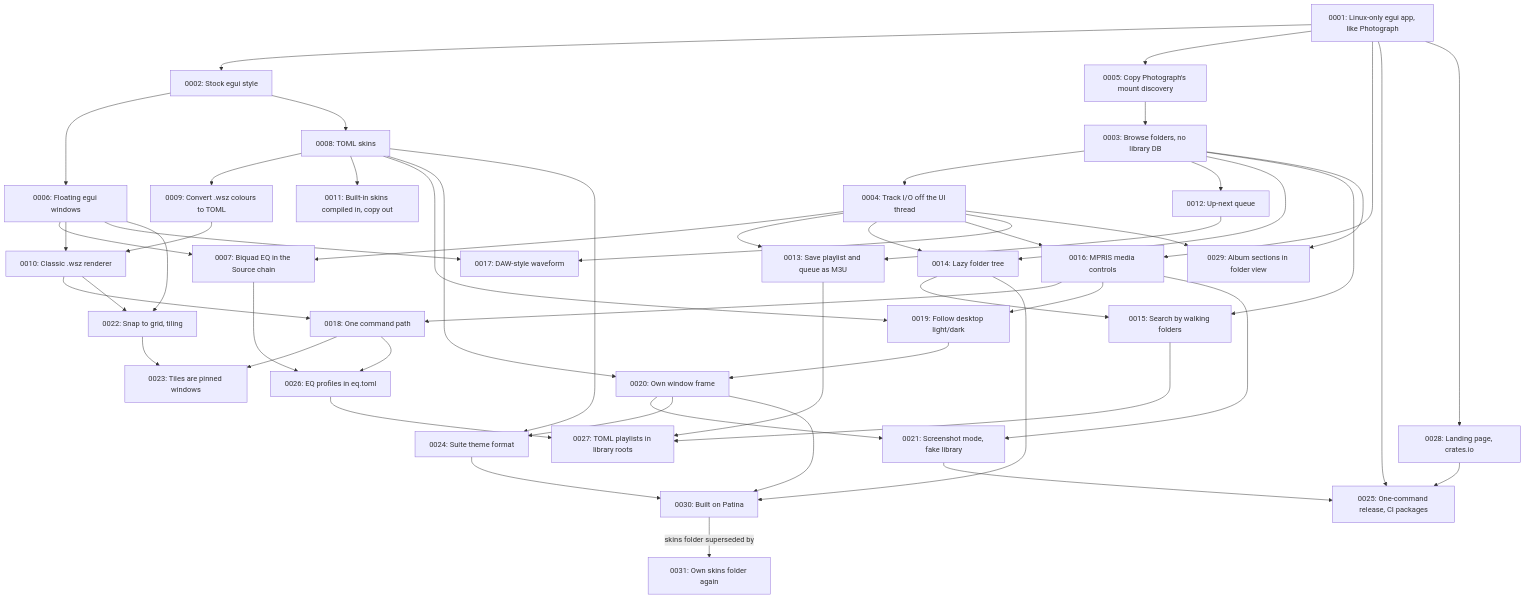
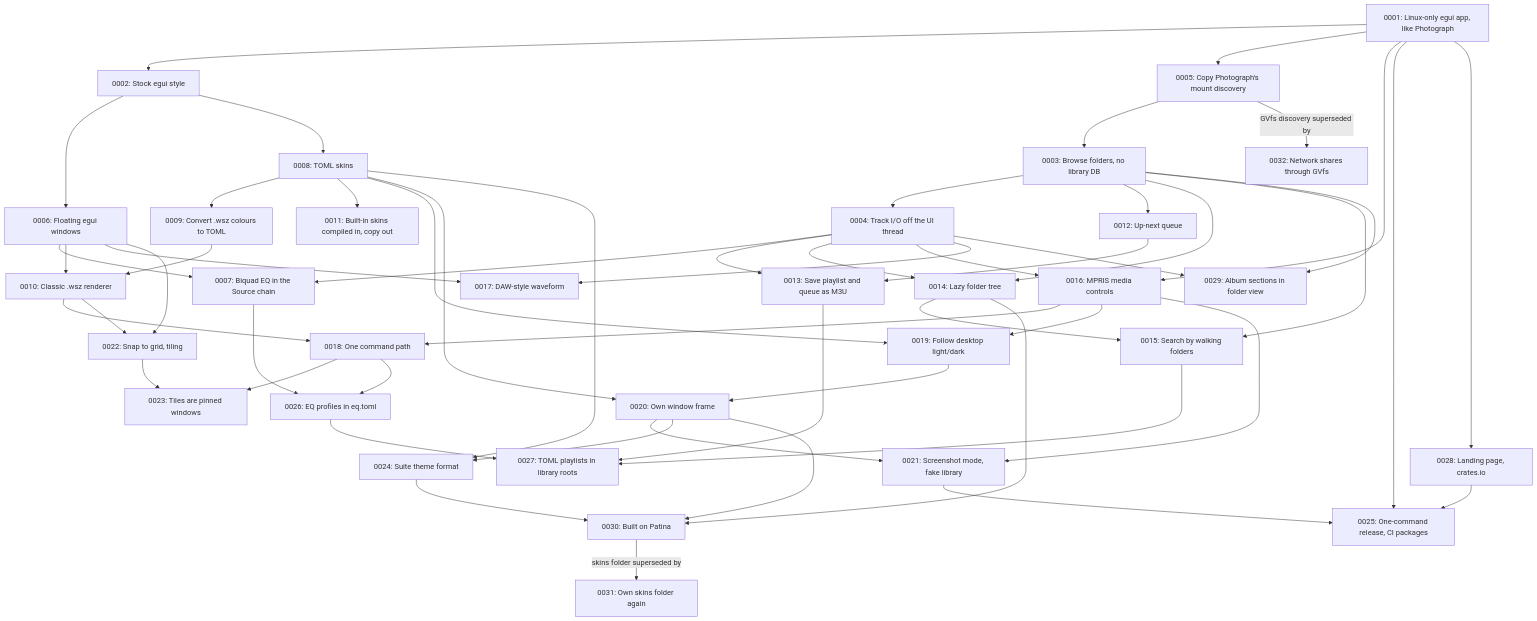
One commit to divanvisagie/UnAmp changed the diagram in docs/adr/README.md. Above: the diagram before and after it, drawn with Mermaid. The commit also changed other lines of this file and 12 other files, not shown here.

First line of the commit message:
Browse and mount network shares through GVfs, as Photograph and Files do (ADR-0032), and Patina 0.1.12

````diff
--- a/docs/adr/README.md
+++ b/docs/adr/README.md
@@ -77,55 +78,56 @@
 ```mermaid
 flowchart TD
     A[0001: Linux-only egui app, like Photograph] --> B[0002: Stock egui style]
     A --> E[0005: Copy Photograph's mount discovery]
     C[0003: Browse folders, no library DB] --> D[0004: Track I/O off the UI thread]
     E --> C
     B --> F[0006: Floating egui windows]
     D --> G[0007: Biquad EQ in the Source chain]
     F --> G
     B --> H[0008: TOML skins]
     H --> I[0009: Convert .wsz colours to TOML]
     I --> J[0010: Classic .wsz renderer]
     F --> J
     H --> K[0011: Built-in skins compiled in, copy out]
     C --> L[0012: Up-next queue]
     L --> M[0013: Save playlist and queue as M3U]
     D --> M
     C --> N[0014: Lazy folder tree]
     D --> N
     C --> O[0015: Search by walking folders]
     N --> O
     A --> P[0016: MPRIS media controls]
     D --> P
     F --> Q[0017: DAW-style waveform]
     D --> Q
     J --> R[0018: One command path]
     P --> R
     H --> S[0019: Follow desktop light/dark]
     P --> S
     S --> T[0020: Own window frame]
     H --> T
     T --> U[0021: Screenshot mode, fake library]
     P --> U
     F --> V[0022: Snap to grid, tiling]
     J --> V
     V --> W[0023: Tiles are pinned windows]
     R --> W
     H --> X[0024: Suite theme format]
     T --> X
     A --> Y[0025: One-command release, CI packages]
     U --> Y
     G --> Z[0026: EQ profiles in eq.toml]
     R --> Z
     M --> AA[0027: TOML playlists in library roots]
     O --> AA
     Z --> AA
     A --> AB[0028: Landing page, crates.io]
     AB --> Y
     C --> AD[0029: Album sections in folder view]
     X --> AE[0030: Built on Patina]
     AE -->|skins folder superseded by| AF[0031: Own skins folder again]
+    E -->|GVfs discovery superseded by| AG[0032: Network shares through GVfs]
     T --> AE
     N --> AE
     D --> AD
 ```
````
